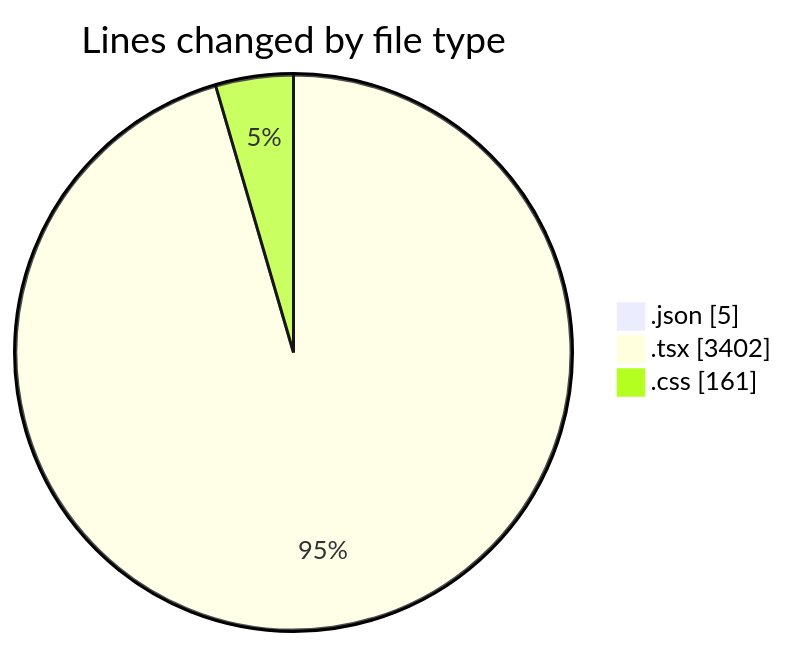
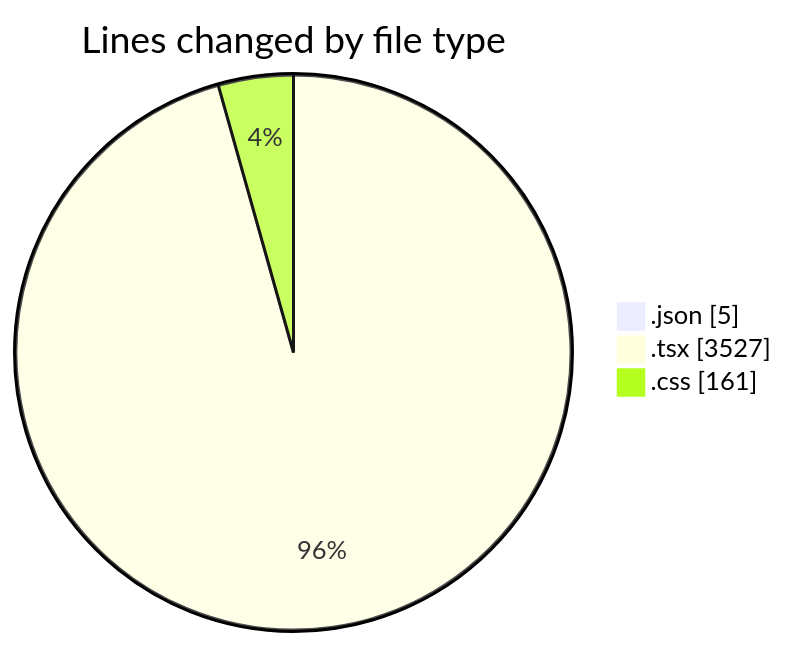
One commit to Elitesun/code-tracking changed the first of 2 diagrams in 2025-05-29/advertise/README.md. Above: the diagram before and after it, drawn with Mermaid. The commit also changed other lines of this file and 1 other file, not shown here.

````diff
--- a/2025-05-29/advertise/README.md
+++ b/2025-05-29/advertise/README.md
@@ -31,7 +32,7 @@
 ```mermaid
 pie showData
 title Lines changed by file type
 ".json" : 5
-".tsx" : 3402
+".tsx" : 3527
 ".css" : 161
 ```
````
